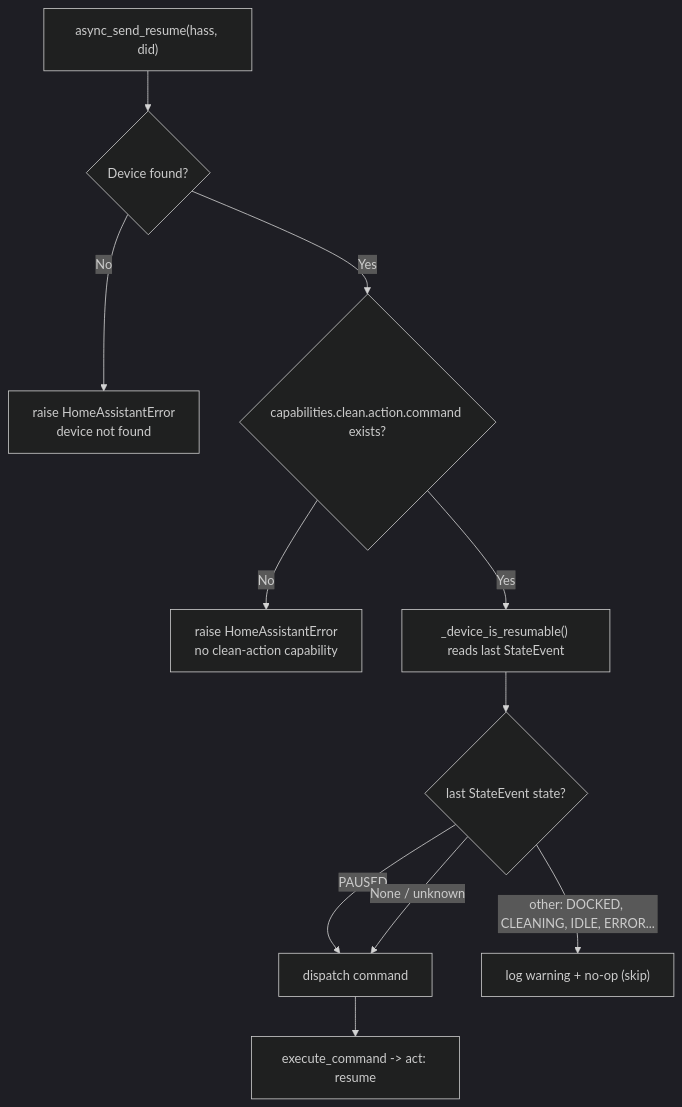
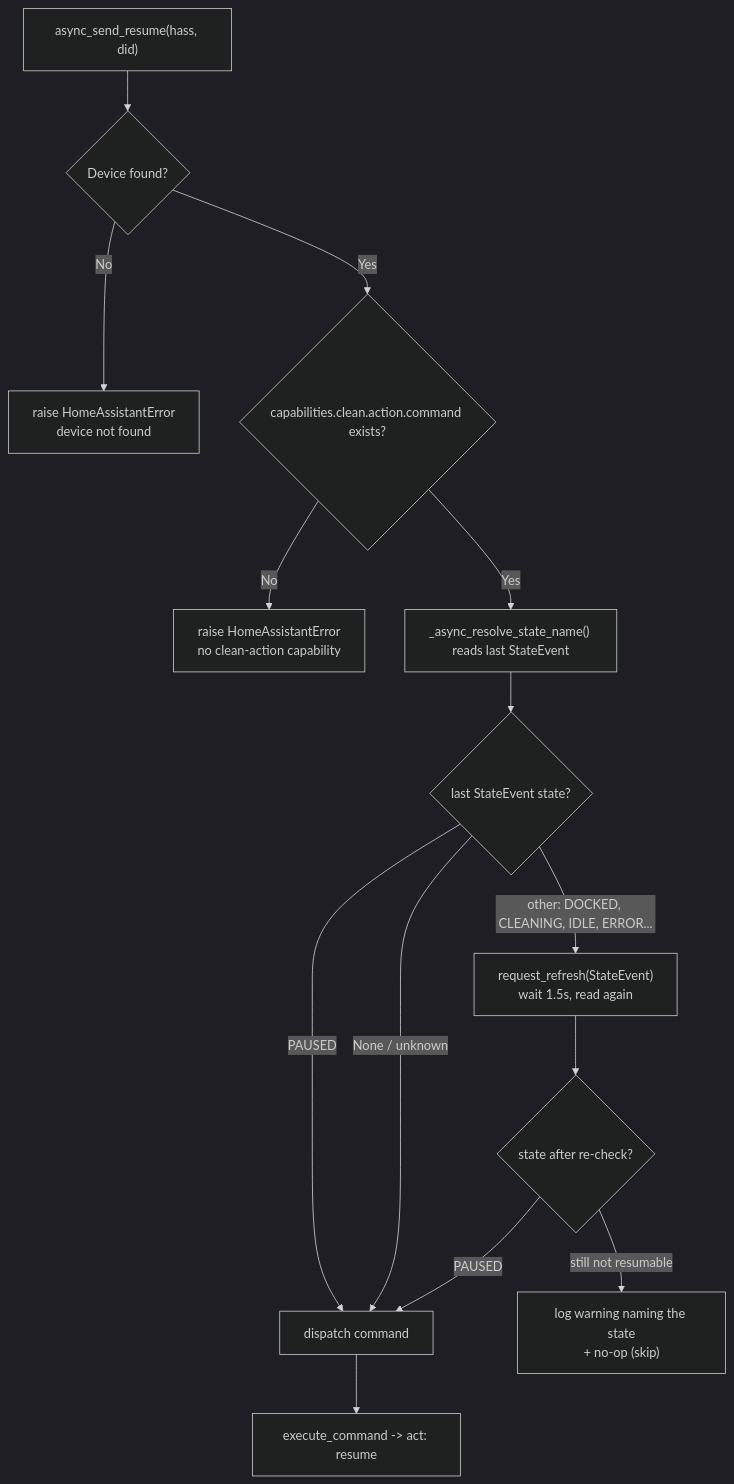
Before and after one commit to locazor/GoatG1Resume: the diagram in docs/usage.md, drawn with Mermaid (dark theme). The commit also changed other lines of this file and 27 other files, not shown here.

````diff
--- a/docs/usage.md
+++ b/docs/usage.md
@@ -136,13 +137,16 @@
 ```mermaid
 flowchart TD
     A["async_send_resume(hass, did)"] --> B{"Device found?"}
     B -->|No| E1["raise HomeAssistantError<br/>device not found"]
     B -->|Yes| C{"capabilities.clean.action.command exists?"}
     C -->|No| E2["raise HomeAssistantError<br/>no clean-action capability"]
-    C -->|Yes| D["_device_is_resumable() reads last StateEvent"]
+    C -->|Yes| D["_async_resolve_state_name() reads last StateEvent"]
     D --> S{"last StateEvent state?"}
     S -->|"PAUSED"| G["dispatch command"]
     S -->|"None / unknown"| G
-    S -->|"other: DOCKED, CLEANING, IDLE, ERROR..."| W["log warning + no-op (skip)"]
+    S -->|"other: DOCKED, CLEANING, IDLE, ERROR..."| RF["request_refresh(StateEvent)<br/>wait 1.5s, read again"]
+    RF --> S2{"state after re-check?"}
+    S2 -->|"PAUSED"| G
+    S2 -->|"still not resumable"| W["log warning naming the state<br/>+ no-op (skip)"]
     G --> R["execute_command -> act: resume"]
 ```
````
